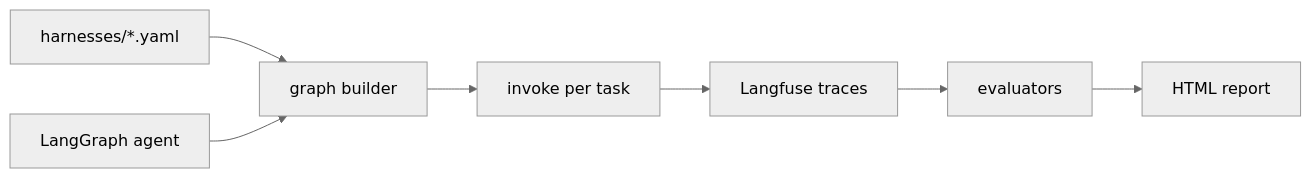
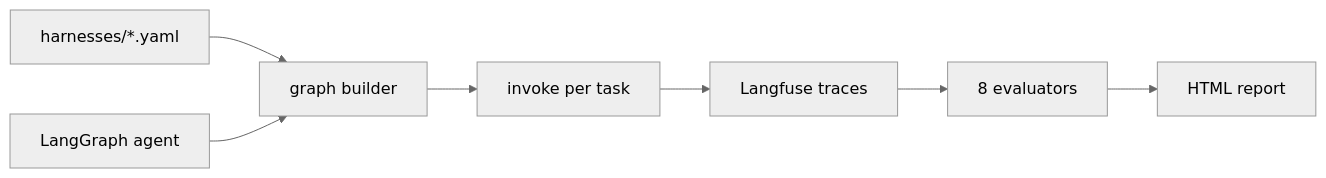
The diagram in README.md (HOSH19/HarnessLab), drawn with Mermaid (neutral theme) before and after one commit. The commit also changed other lines of this file and 3 other files, not shown here.

````diff
--- a/README.md
+++ b/README.md
@@ -11,9 +17,9 @@
 ```mermaid
 flowchart LR
     YAML[harnesses/*.yaml] --> Builder[graph builder]
     Graph[LangGraph agent] --> Builder
     Builder --> Run[invoke per task]
     Run --> LF[Langfuse traces]
-    LF --> Eval[evaluators]
+    LF --> Eval[8 evaluators]
     Eval --> Report[HTML report]
 ```
````
